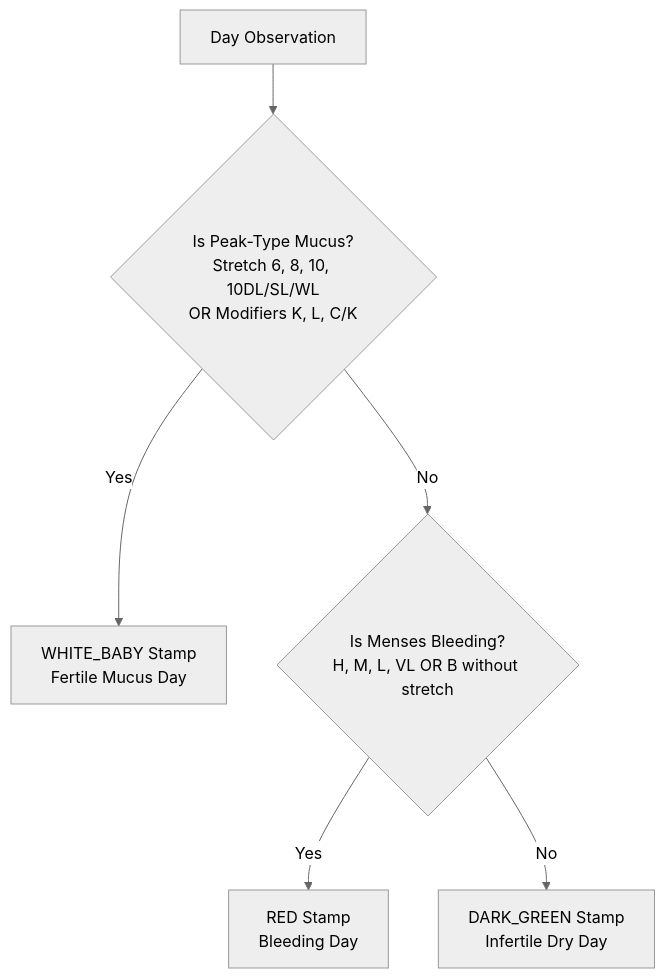
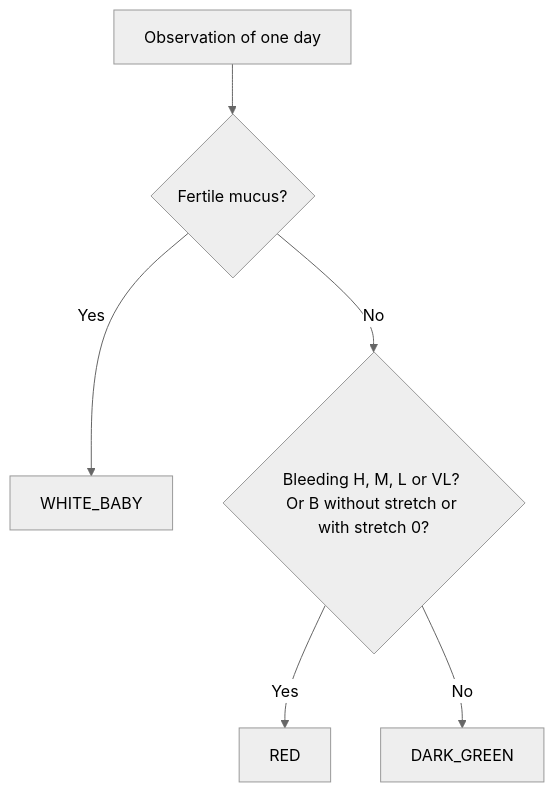
One commit to gsuquet/fertility-tracker changed the second of 2 diagrams in SPEC.md. Above: the diagram before and after it, drawn with Mermaid (neutral theme). The commit also changed other lines of this file and 2 other files, not shown here.

````diff
--- a/SPEC.md
+++ b/SPEC.md
@@ -181,8 +123,8 @@
 ```mermaid
 flowchart TD
-    Start[Day Observation] --> IsPeakType{Is Peak-Type Mucus?<br/>Stretch 6, 8, 10, 10DL/SL/WL<br/>OR Modifiers K, L, C/K}
-    IsPeakType -- Yes --> WhiteBaby[WHITE_BABY Stamp<br/>Fertile Mucus Day]
-    IsPeakType -- No --> IsBleeding{Is Menses Bleeding?<br/>H, M, L, VL OR B without stretch}
-    IsBleeding -- Yes --> RedStamp[RED Stamp<br/>Bleeding Day]
-    IsBleeding -- No --> GreenStamp[DARK_GREEN Stamp<br/>Infertile Dry Day]
+    Start[Observation of one day] --> Fertile{Fertile mucus?}
+    Fertile -- Yes --> White[WHITE_BABY]
+    Fertile -- No --> Bleeding{Bleeding H, M, L or VL? Or B without stretch or with stretch 0?}
+    Bleeding -- Yes --> Red[RED]
+    Bleeding -- No --> Green[DARK_GREEN]
 ```
````
